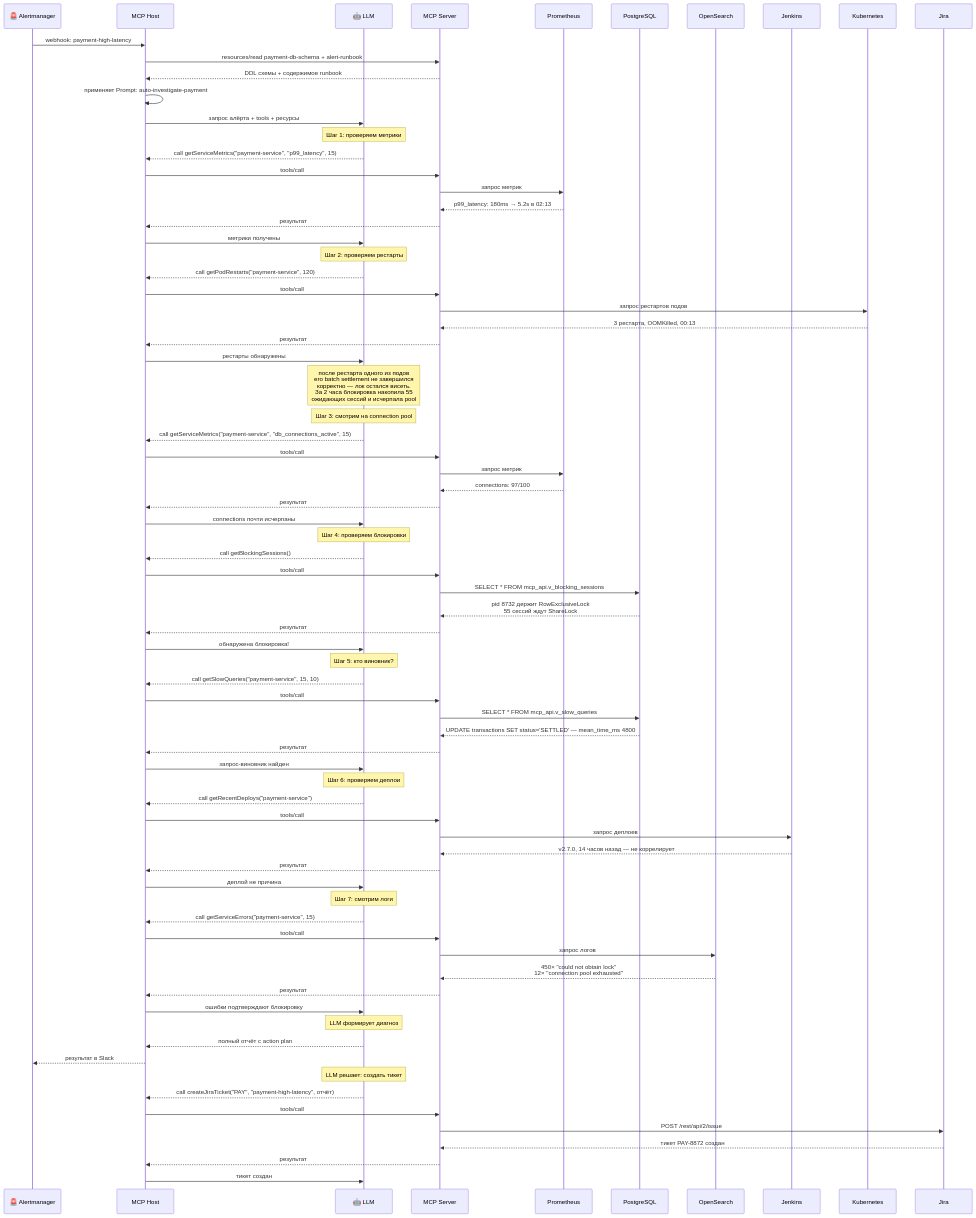
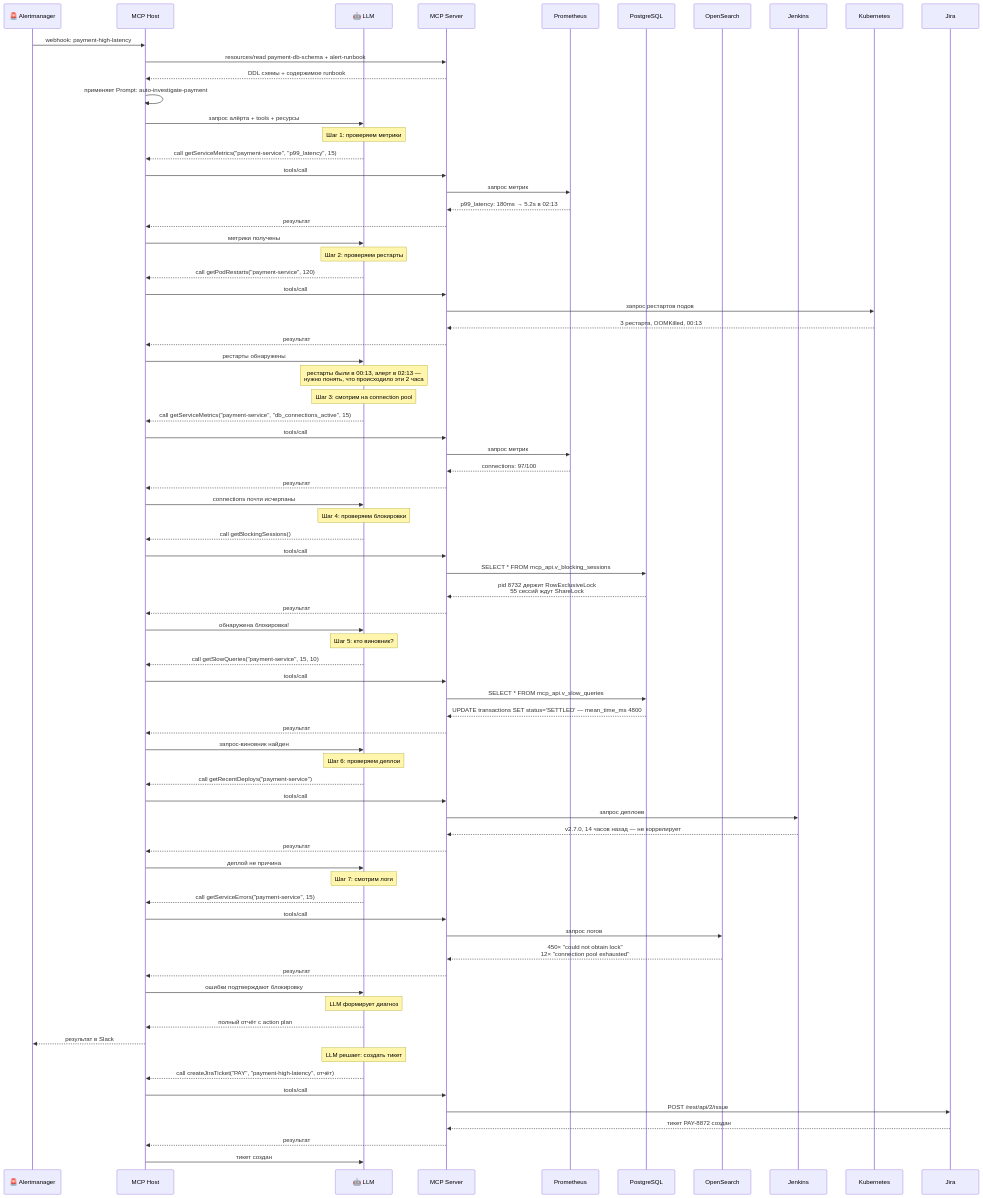
The second of 2 diagrams in ru/03-primery-realnyh-zadach.md (YuryKlimchuk/article-spring-ai-mcp), drawn with Mermaid before and after one commit. The commit also changed 2 other files, not shown here.

Commit message:
part 2 changes from sab agents

```diff
--- a/ru/03-primery-realnyh-zadach.md
+++ b/ru/03-primery-realnyh-zadach.md
@@ -269,7 +269,7 @@
     K-->>M: 3 рестарта, OOMKilled, 00:13
     M-->>H: результат
     H->>L: рестарты обнаружены
-    Note over L: после рестарта одного из подов<br/>его batch settlement не завершился<br/>корректно — лок остался висеть.<br/>За 2 часа блокировка накопила 55<br/>ожидающих сессий и исчерпала pool
+    Note over L: рестарты были в 00:13, алерт в 02:13 —<br/>нужно понять, что происходило эти 2 часа
 
     Note over L: Шаг 3: смотрим на connection pool
     L-->>H: call getServiceMetrics("payment-service", "db_connections_active", 15)
```
